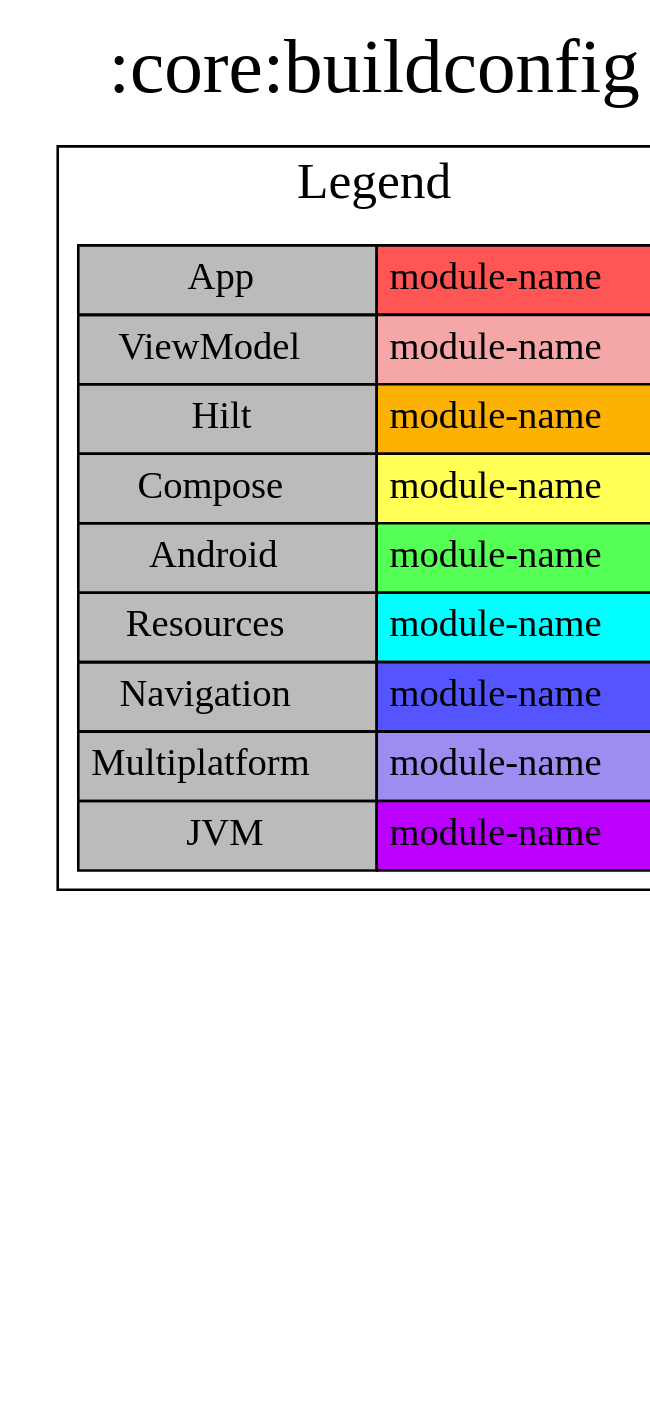
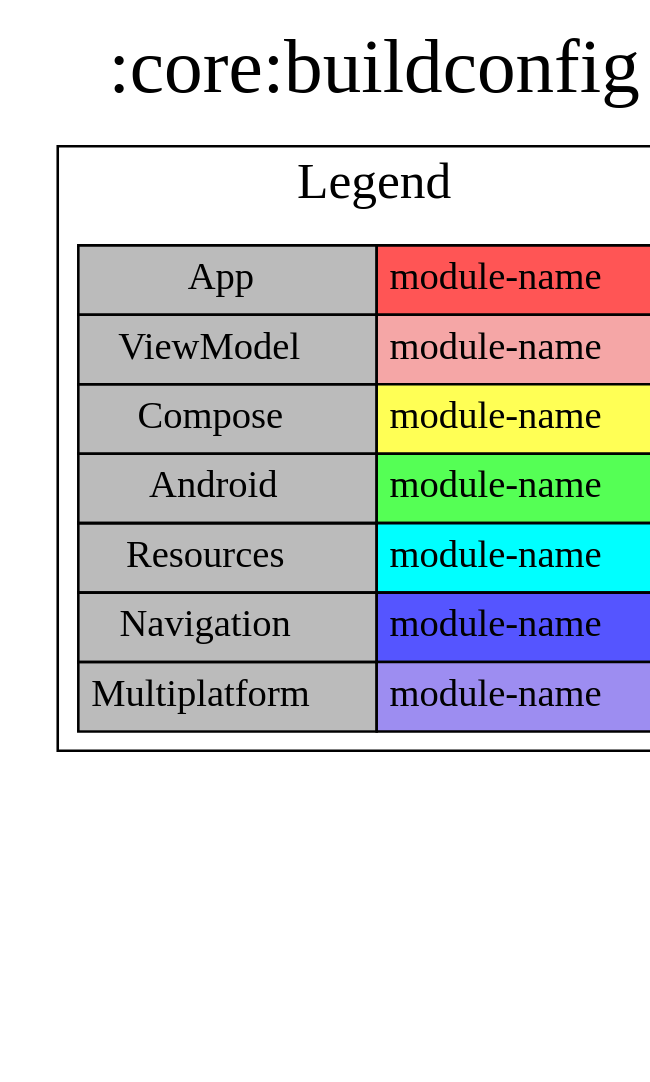
The diagram in modules/core/buildconfig/project-dependency-graph.dot (jonapoul/aktual), drawn with Graphviz before and after one commit. The commit also changed 169 other files, not shown here.

```diff
--- a/modules/core/buildconfig/project-dependency-graph.dot
+++ b/modules/core/buildconfig/project-dependency-graph.dot
@@ -1,27 +1,25 @@
 digraph {
 edge ["dir"="forward"]
-graph ["dpi"="100","label"=":core:buildconfig","labelloc"="t","fontsize"="30","ranksep"="2.5","rankdir"="TB"]
+graph ["dpi"="100","label"=":core:buildconfig","labelloc"="t","fontsize"="30","ranksep"="1.5","rankdir"="TB"]
 node ["style"="filled"]
 ":core:buildconfig" ["fillcolor"="#9D8DF1","shape"="box"]
 {
 edge ["dir"="none"]
 graph ["rank"="same"]
 }
 subgraph "cluster_legend" {
 edge ["dir"="none"]
 graph ["label"="Legend","fontsize"="20"]
 "Legend" ["style"="filled","fillcolor"="#bbbbbb","shape"="none","margin"="0","fontsize"="15","label"=<
 <TABLE BORDER="0" CELLBORDER="1" CELLSPACING="0" CELLPADDING="4">
 <TR><TD>App</TD><TD BGCOLOR="#FF5555">module-name</TD></TR>
 <TR><TD>ViewModel</TD><TD BGCOLOR="#F5A6A6">module-name</TD></TR>
-<TR><TD>Hilt</TD><TD BGCOLOR="#FCB103">module-name</TD></TR>
 <TR><TD>Compose</TD><TD BGCOLOR="#FFFF55">module-name</TD></TR>
 <TR><TD>Android</TD><TD BGCOLOR="#55FF55">module-name</TD></TR>
 <TR><TD>Resources</TD><TD BGCOLOR="#00FFFF">module-name</TD></TR>
 <TR><TD>Navigation</TD><TD BGCOLOR="#5555FF">module-name</TD></TR>
 <TR><TD>Multiplatform</TD><TD BGCOLOR="#9D8DF1">module-name</TD></TR>
-<TR><TD>JVM</TD><TD BGCOLOR="#BB00FF">module-name</TD></TR>
 </TABLE>
 >]
 } -> ":core:buildconfig" ["style"="invis"]
 }
```
